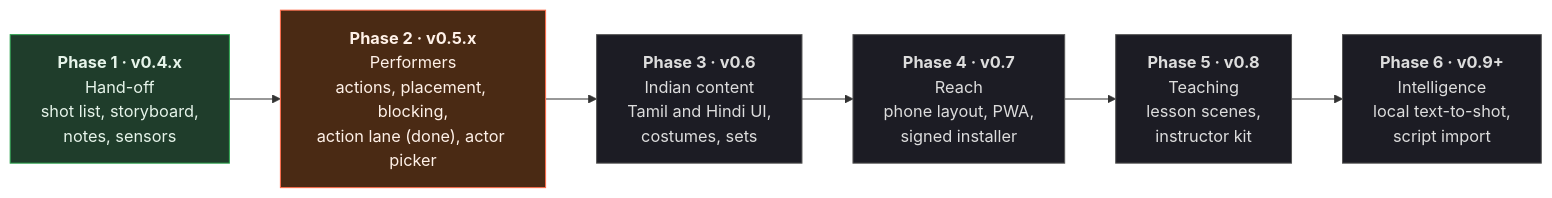
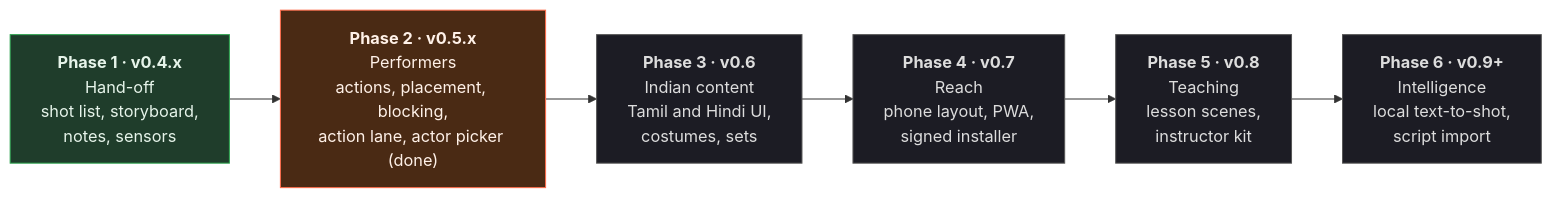
The second of 3 diagrams in README.md (yeshwanthguru/KALKI-simulator), drawn with Mermaid before and after one commit. The commit also changed other lines of this file and 25 other files, not shown here.

````diff
--- a/README.md
+++ b/README.md
@@ -152,13 +161,13 @@
 ```mermaid
 flowchart LR
     P1["<b>Phase 1 · v0.4.x</b><br/>Hand-off<br/>shot list, storyboard,<br/>notes, sensors"]:::done
-    P2["<b>Phase 2 · v0.5.x</b><br/>Performers<br/>actions, placement, blocking,<br/>action lane (done), actor picker"]:::next
+    P2["<b>Phase 2 · v0.5.x</b><br/>Performers<br/>actions, placement, blocking,<br/>action lane, actor picker (done)"]:::next
     P3["<b>Phase 3 · v0.6</b><br/>Indian content<br/>Tamil and Hindi UI,<br/>costumes, sets"]:::todo
     P4["<b>Phase 4 · v0.7</b><br/>Reach<br/>phone layout, PWA,<br/>signed installer"]:::todo
     P5["<b>Phase 5 · v0.8</b><br/>Teaching<br/>lesson scenes,<br/>instructor kit"]:::todo
     P6["<b>Phase 6 · v0.9+</b><br/>Intelligence<br/>local text-to-shot,<br/>script import"]:::todo
     P1 --> P2 --> P3 --> P4 --> P5 --> P6
     classDef done fill:#1f3d2b,stroke:#2ea44f,color:#e6f4ea;
     classDef next fill:#4a2a14,stroke:#ff6b4a,color:#fff1e8;
     classDef todo fill:#1c1c24,stroke:#555,color:#ddd;
 ```
````
